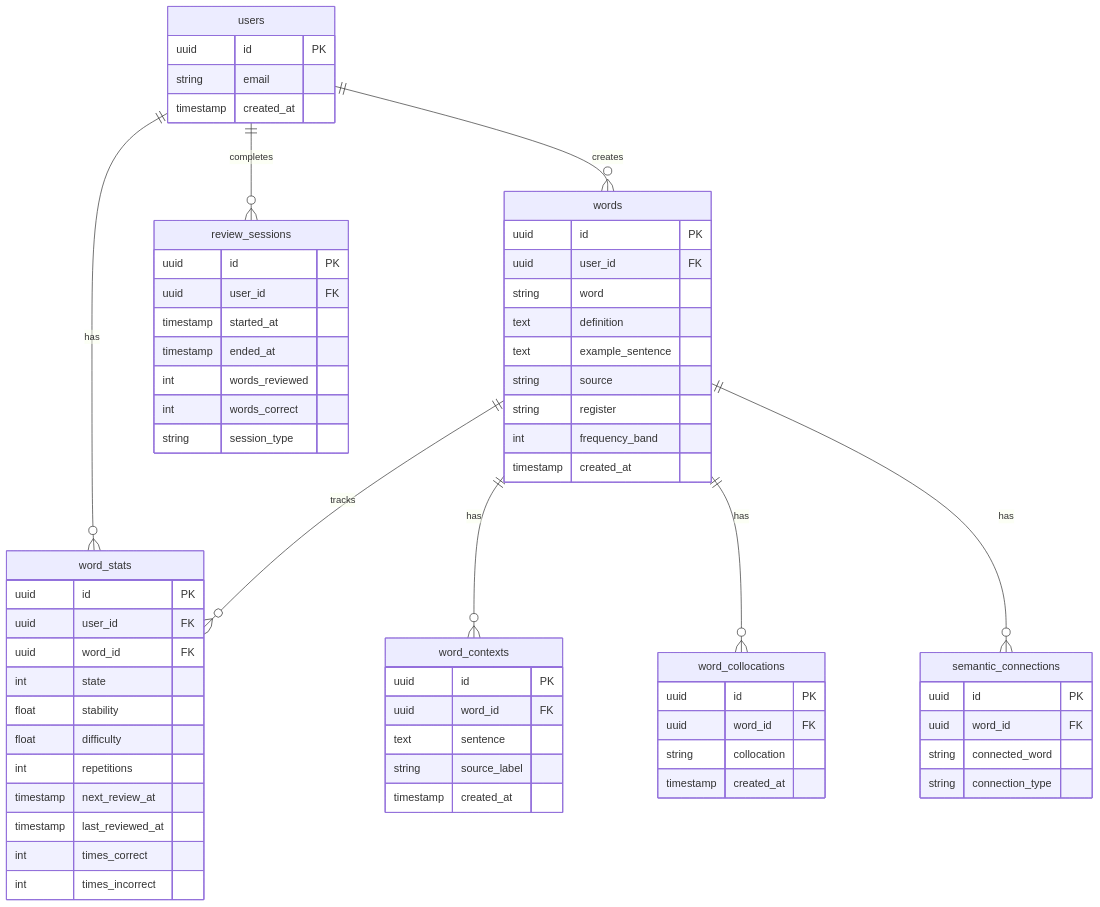
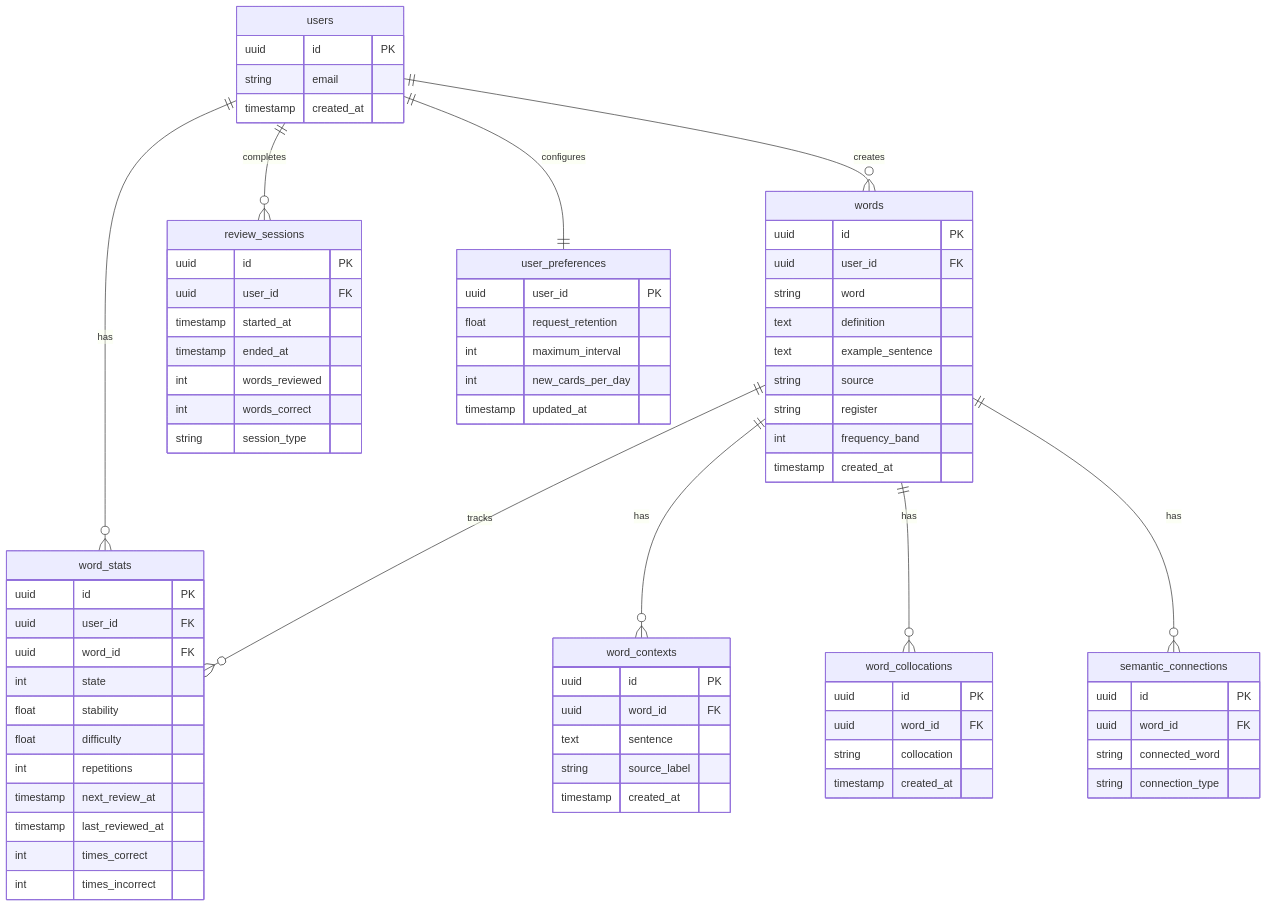
One commit to MirazZim/LexCore changed the fourth of 5 diagrams in README.md. Above: the diagram before and after it, drawn with Mermaid. The commit also changed other lines of this file, not shown here.

```diff
--- a/README.md
+++ b/README.md
@@ -213,6 +226,7 @@
     users ||--o{ words : creates
     users ||--o{ word_stats : has
     users ||--o{ review_sessions : completes
+    users ||--|| user_preferences : configures
 
     words ||--o{ word_stats : tracks
     words ||--o{ word_contexts : has
@@ -223,6 +237,14 @@
         uuid id PK
         string email
         timestamp created_at
+    }
+
+    user_preferences {
+        uuid user_id PK
+        float request_retention
+        int maximum_interval
+        int new_cards_per_day
+        timestamp updated_at
     }
 
     words {
```
